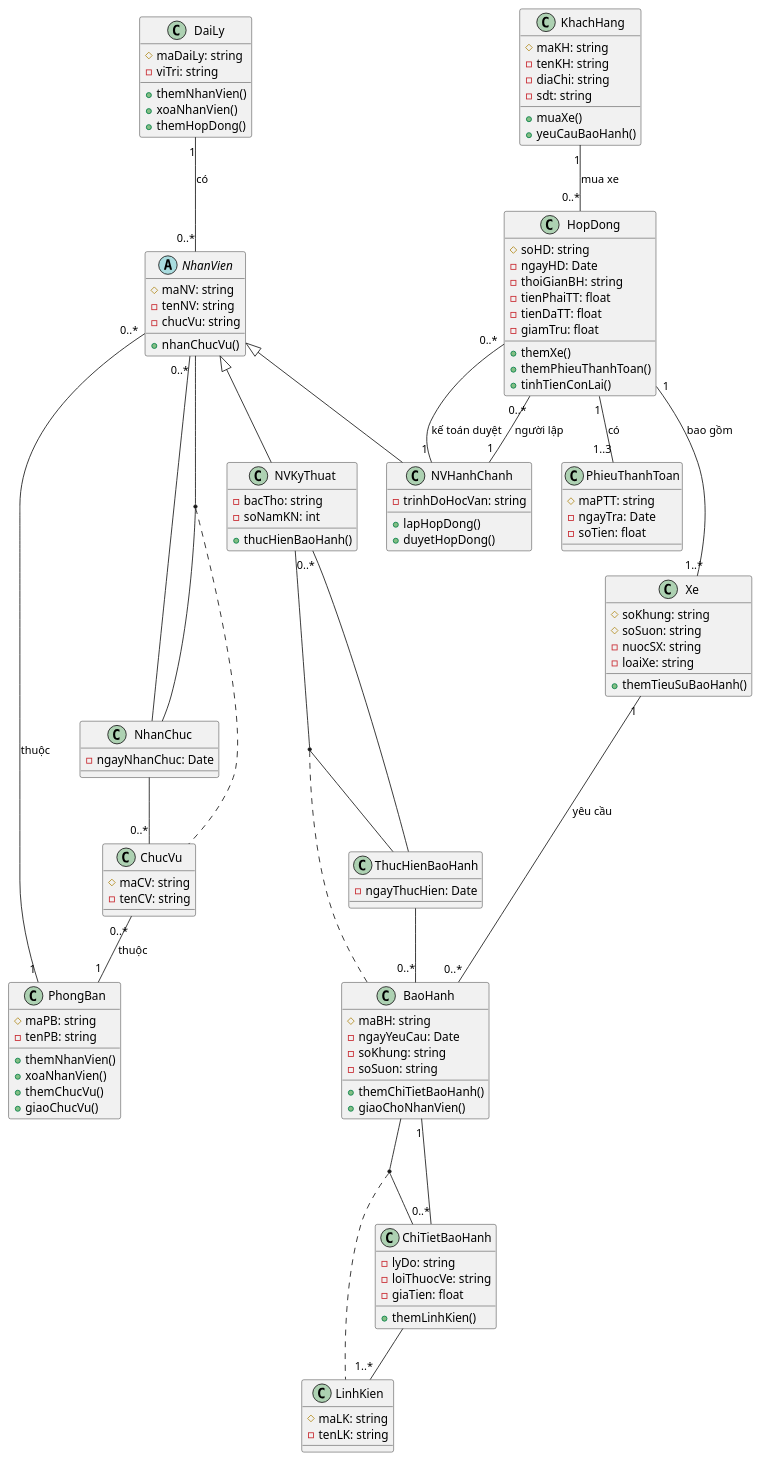
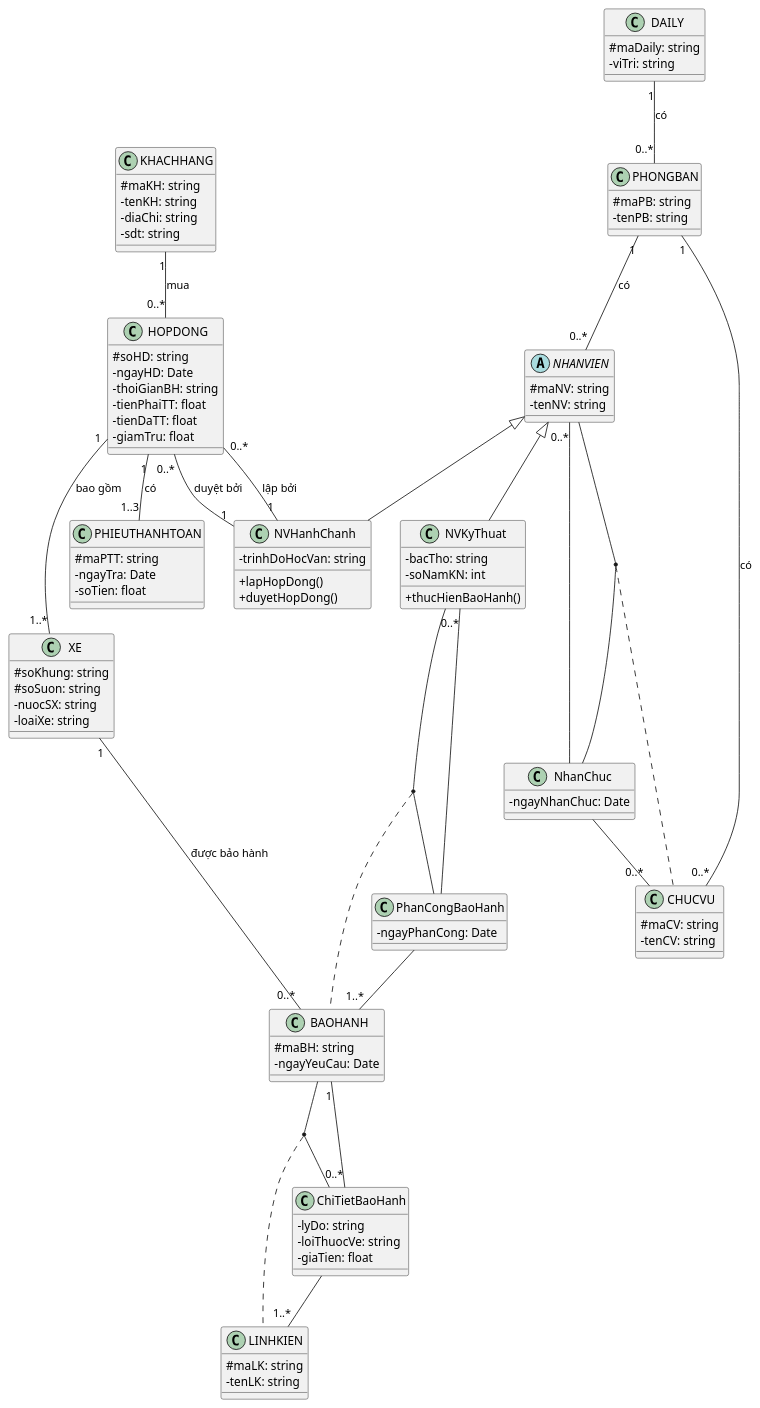
The diagram in uit/courses/IE103/exercises/BTQT2/assets/BTQT2_bai2-CD.puml (leanhvu21042001/LT.K2025.2-CNTT), drawn with PlantUML before and after one commit.

```diff
--- a/uit/courses/IE103/exercises/BTQT2/assets/BTQT2_bai2-CD.puml
+++ b/uit/courses/IE103/exercises/BTQT2/assets/BTQT2_bai2-CD.puml
@@ -1,157 +1,135 @@
-@startuml "Bai 2. Class Diagram"
+@startuml "Bai 2. Class Diagram - v2 (Tuong ung ERD v2)"
 
-''skinparam classAttributeIconSize 0
+' Class Diagram nay da cap nhat
+' 1. Logic Ke thua (Inheritance)
+' 2. Cac moi quan he da chuan hoa (loai bo duong tat)
+' 3. Thêm các Association Class cho quan he n-n
+
+skinparam classAttributeIconSize 0
 skinparam defaultFontName "Iosevka"
 
-class DaiLy {
-  # maDaiLy: string
+class DAILY {
+  # maDaily: string
   - viTri: string
-  + themNhanVien()
-  + xoaNhanVien()
-  + themHopDong()
 }
 
-' --- Các Class mới dựa theo ERD ---
-class PhongBan {
+class PHONGBAN {
   # maPB: string
   - tenPB: string
-  + themNhanVien()
-  + xoaNhanVien()
-  + themChucVu()
-  + giaoChucVu()
 }
 
-class ChucVu {
+class CHUCVU {
   # maCV: string
   - tenCV: string
 }
 
-' --- Inheritance (Kế thừa) ---
-' NVKyThuat bay gio khong con giu 'chucVu' truc tiep
-abstract class NhanVien {
+' --- Inheritance (Ke thua) ---
+abstract class NHANVIEN {
   # maNV: string
   - tenNV: string
-  - chucVu: string
-  + nhanChucVu()
 }
-' NVHanhChanh khong con giu 'phongBan' truc tiep
-class NVHanhChanh extends NhanVien {
+class NVHanhChanh extends NHANVIEN {
   - trinhDoHocVan: string
   + lapHopDong()
   + duyetHopDong()
 }
-class NVKyThuat extends NhanVien {
+class NVKyThuat extends NHANVIEN {
   - bacTho: string
   - soNamKN: int
   + thucHienBaoHanh()
 }
 ' ------------------
 
-class KhachHang {
+class KHACHHANG {
   # maKH: string
   - tenKH: string
   - diaChi: string
   - sdt: string
-  + muaXe()
-  + yeuCauBaoHanh()
 }
 
-class HopDong {
+class HOPDONG {
   # soHD: string
   - ngayHD: Date
   - thoiGianBH: string
   - tienPhaiTT: float
   - tienDaTT: float
   - giamTru: float
-  + themXe()
-  + themPhieuThanhToan()
-  + tinhTienConLai()
 }
 
-class Xe {
+class XE {
   # soKhung: string
   # soSuon: string
   - nuocSX: string
   - loaiXe: string
-  + themTieuSuBaoHanh()
 }
 
-class PhieuThanhToan {
+class PHIEUTHANHTOAN {
   # maPTT: string
   - ngayTra: Date
   - soTien: float
 }
 
-class BaoHanh {
+class BAOHANH {
   # maBH: string
   - ngayYeuCau: Date
-  - soKhung: string
-  - soSuon: string
-  + themChiTietBaoHanh()
-  + giaoChoNhanVien()
 }
 
-class LinhKien {
+class LINHKIEN {
   # maLK: string
   - tenLK: string
 }
 
-' --- Association Classes (Dựa trên ERD mới) ---
+' --- Association Classes (Tuong ung quan he n-n) ---
 
-' ERD: CHUCVU_NHANVIEN (n-n)
+' ERD: CHUCVU_NV (n-n)
 class NhanChuc {
-  ' Luu thong tin ve chuc vu cua nhan vien
   - ngayNhanChuc: Date
 }
 
 ' ERD: THUCHIEN_BH (n-n)
-' Mot bao hanh co the do nhieu NV Ky Thuat thuc hien
-class ThucHienBaoHanh {
-  - ngayThucHien: Date
+class PhanCongBaoHanh {
+  - ngayPhanCong: Date
 }
 
 ' ERD: CHITIET_BH (n-n)
 class ChiTietBaoHanh {
   - lyDo: string
   - loiThuocVe: string
   - giaTien: float
-  + themLinhKien()
 }
 
-' --- Associations ---
-DaiLy "1" -- "0..*" NhanVien : "có"
+' --- Associations (Moi quan he da chuan hoa) ---
 
-' --- Quan hệ mới theo ERD ---
-' ERD: NV_PHONGBAN (1-n)
-NhanVien "0..*" -- "1" PhongBan : "thuộc"
+' 1. Cau truc to chuc
+DAILY "1" -- "0..*" PHONGBAN : "có"
+PHONGBAN "1" -- "0..*" NHANVIEN : "có"
+PHONGBAN "1" -- "0..*" CHUCVU : "có"
+' Quan he n-n giua NHANVIEN va CHUCVU
+(NHANVIEN, NhanChuc) .. CHUCVU
+NHANVIEN "0..*" -- NhanChuc
+NhanChuc -- "0..*" CHUCVU
 
-' ERD: CHUCVU_PHONGBAN (1-n)
-ChucVu "0..*" -- "1" PhongBan : "thuộc"
+' 2. Quan he Nghiep Vu
+KHACHHANG "1" -- "0..*" HOPDONG : "mua"
 
-' ERD: CHUCVU_NHANVIEN (n-n)
-(NhanVien, NhanChuc) .. ChucVu
-NhanVien "0..*" -- NhanChuc
-NhanChuc -- "0..*" ChucVu
+' Hop dong duoc lap/duyet boi NV Hanh Chanh
+HOPDONG "0..*" -- "1" NVHanhChanh : "lập bởi"
+HOPDONG "0..*" -- "1" NVHanhChanh : "duyệt bởi"
 
-' --- Các quan hệ logic nghiệp vụ ---
-KhachHang "1" -- "0..*" HopDong : "mua xe"
-' Logic: Hop dong do NV Hanh Chanh dam nhiem
-HopDong "0..*" -- "1" NVHanhChanh : "kế toán duyệt"
-HopDong "0..*" -- "1" NVHanhChanh : "người lập"
-HopDong "1" -- "1..*" Xe : "bao gồm"
-HopDong "1" -- "1..3" PhieuThanhToan : "có"
+HOPDONG "1" -- "1..*" XE : "bao gồm"
+HOPDONG "1" -- "1..3" PHIEUTHANHTOAN : "có"
 
-' ERD: YEUCAU_BH (1-n)
-Xe "1" -- "0..*" BaoHanh : "yêu cầu"
-' ERD: CHITIET_BH (n-n)
-(BaoHanh, ChiTietBaoHanh) .. LinhKien
-BaoHanh "1" -- "0..*" ChiTietBaoHanh
-ChiTietBaoHanh -- "1..*" LinhKien
+' 3. Quan he Bao Hanh
+XE "1" -- "0..*" BAOHANH : "được bảo hành"
 
-' ERD: THUCHIEN_BH (n-n)
-' Logic: Bao hanh do NV Ky Thuat thuc hien
-(NVKyThuat, ThucHienBaoHanh) .. BaoHanh
-NVKyThuat "0..*" -- ThucHienBaoHanh
-ThucHienBaoHanh -- "0..*" BaoHanh
+' Quan he n-n giua BAOHANH va NVKyThuat
+(NVKyThuat, PhanCongBaoHanh) .. BAOHANH
+NVKyThuat "0..*" -- PhanCongBaoHanh
+PhanCongBaoHanh -- "1..*" BAOHANH
+
+' Quan he n-n giua BAOHANH va LINHKIEN
+(BAOHANH, ChiTietBaoHanh) .. LINHKIEN
+BAOHANH "1" -- "0..*" ChiTietBaoHanh
+ChiTietBaoHanh -- "1..*" LINHKIEN
 
 @enduml
```
